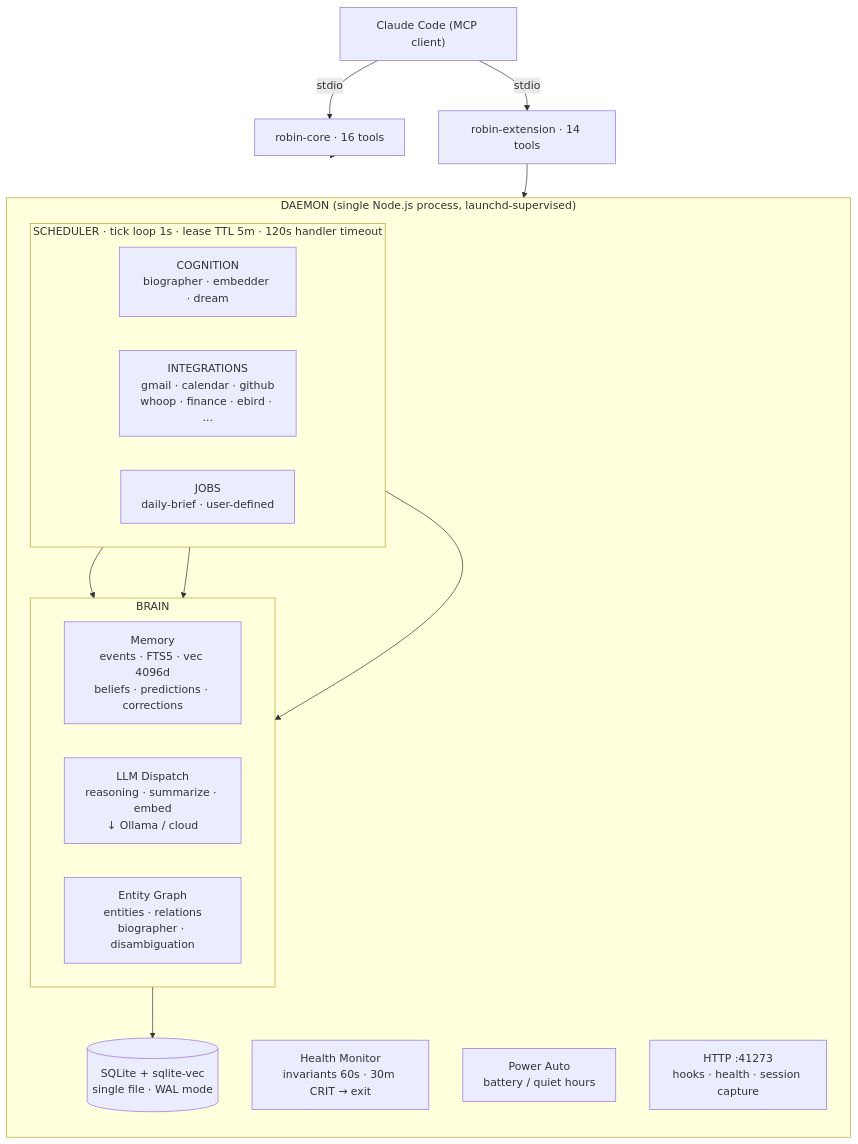
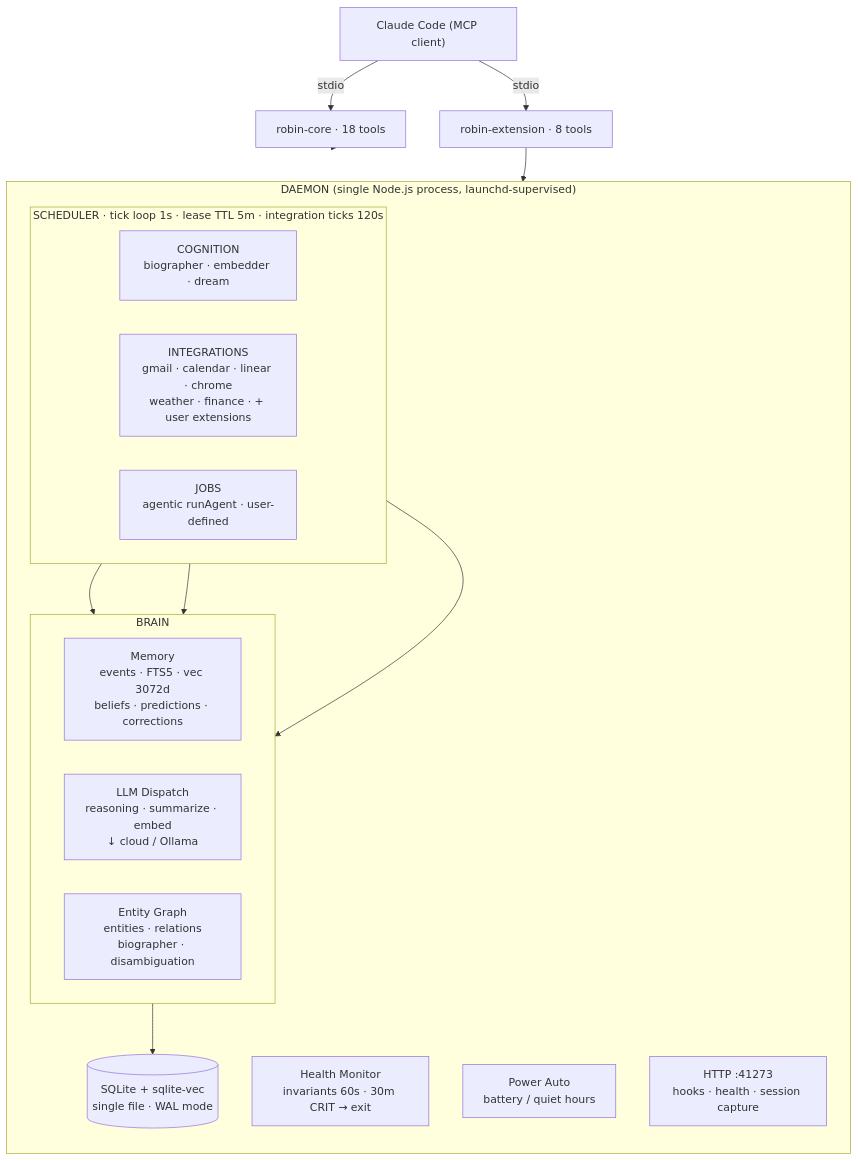
Before and after one commit to kevinkiklee/robin-assistant: the diagram in README.md, drawn with Mermaid. The commit also changed other lines of this file, not shown here.

First line of the commit message:
docs(readme): correct stale facts + document agentic execution

````diff
--- a/README.md
+++ b/README.md
@@ -29,36 +29,36 @@
 ```mermaid
 graph TD
-    CC["Claude Code (MCP client)"] -->|stdio| Core["robin-core · 16 tools"]
-    CC -->|stdio| Ext["robin-extension · 14 tools"]
+    CC["Claude Code (MCP client)"] -->|stdio| Core["robin-core · 18 tools"]
+    CC -->|stdio| Ext["robin-extension · 8 tools"]
 
     subgraph Daemon["DAEMON (single Node.js process, launchd-supervised)"]
         direction TB
 
-        subgraph Scheduler["SCHEDULER · tick loop 1s · lease TTL 5m · 120s handler timeout"]
+        subgraph Scheduler["SCHEDULER · tick loop 1s · lease TTL 5m · integration ticks 120s"]
             direction LR
             Cog["COGNITION<br/>biographer · embedder · dream"]
-            Int["INTEGRATIONS<br/>gmail · calendar · github<br/>whoop · finance · ebird · ..."]
-            Jobs["JOBS<br/>daily-brief · user-defined"]
+            Int["INTEGRATIONS<br/>gmail · calendar · linear · chrome<br/>weather · finance · + user extensions"]
+            Jobs["JOBS<br/>agentic runAgent · user-defined"]
         end
 
         subgraph Brain["BRAIN"]
             direction LR
-            Mem["Memory<br/>events · FTS5 · vec 4096d<br/>beliefs · predictions · corrections"]
-            LLM["LLM Dispatch<br/>reasoning · summarize · embed<br/>↓ Ollama / cloud"]
+            Mem["Memory<br/>events · FTS5 · vec 3072d<br/>beliefs · predictions · corrections"]
+            LLM["LLM Dispatch<br/>reasoning · summarize · embed<br/>↓ cloud / Ollama"]
             Graph["Entity Graph<br/>entities · relations<br/>biographer · disambiguation"]
         end
 
         DB[("SQLite + sqlite-vec<br/>single file · WAL mode")]
 
         Health["Health Monitor<br/>invariants 60s · 30m CRIT → exit"]
         Power["Power Auto<br/>battery / quiet hours"]
         HTTP["HTTP :41273<br/>hooks · health · session capture"]
     end
 
     Core --> Scheduler
     Ext --> Scheduler
     Cog --> Brain
     Int --> Brain
     Jobs --> Brain
     Brain --> DB
 ```
````
